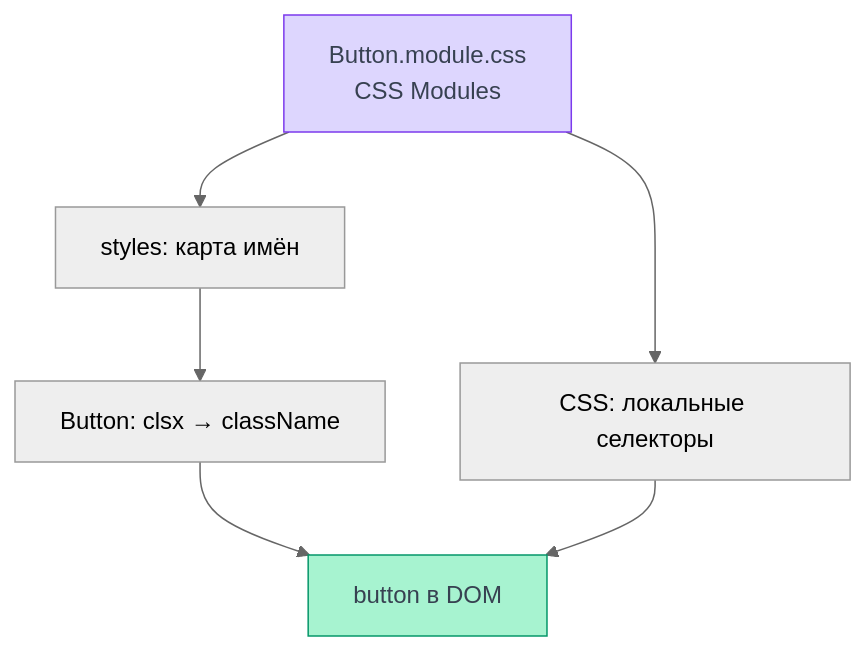
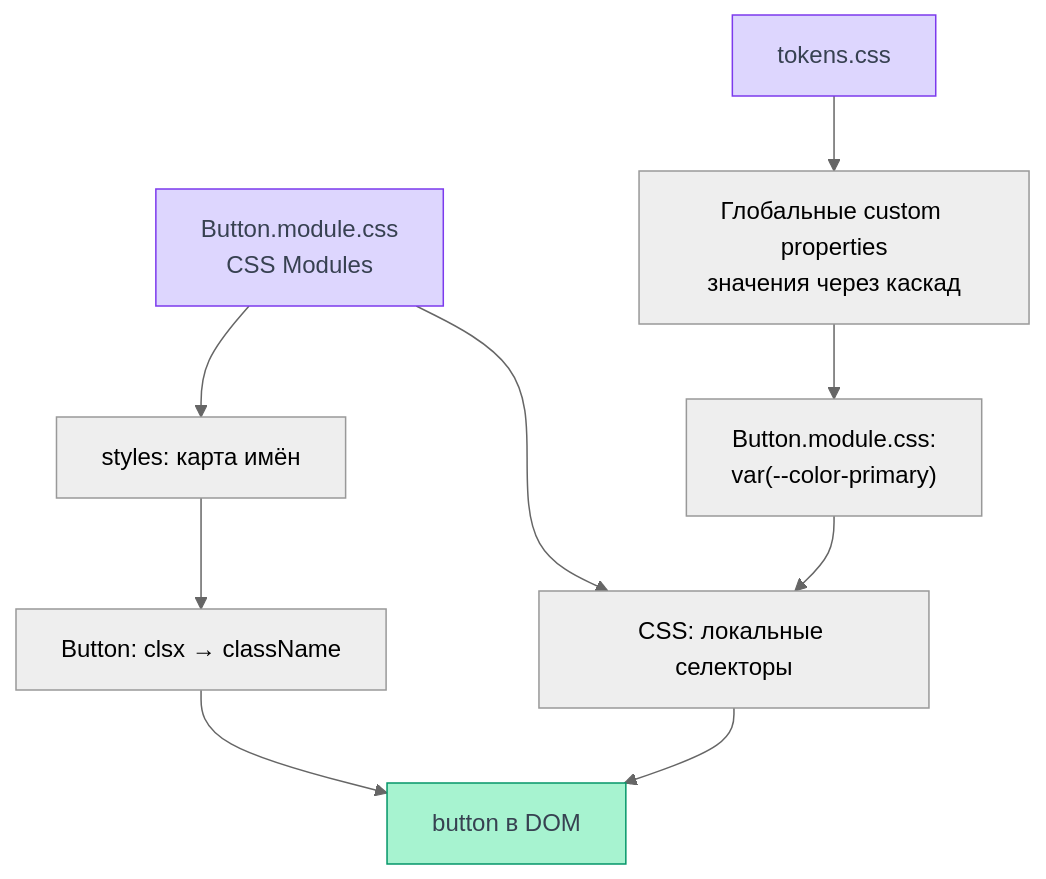
The diagram in site/documentation/frontend/styles.md (Cringe-Driven-Development-Team/docs), drawn with Mermaid (neutral theme) before and after one commit. The commit also changed other lines of this file and 6 other files, not shown here.

Commit message:
docs(frontend): дополнены связи пяти учебных схем

````diff
--- a/site/documentation/frontend/styles.md
+++ b/site/documentation/frontend/styles.md
@@ -27,13 +33,16 @@
 ```mermaid
-%% Flowchart: CSS Modules выпускает согласованные имена для JS и CSS, сходящиеся в DOM.
+%% Flowchart: локальные имена сходятся в DOM, глобальные токены дают значения через каскад.
 flowchart TD
     module["Button.module.css<br/>CSS Modules"] --> mapping["styles: карта имён"]
     module --> selectors["CSS: локальные селекторы"]
     mapping --> button["Button: clsx → className"]
     button --> dom["button в DOM"]
     selectors --> dom
+    tokens["tokens.css"] --> properties["Глобальные custom properties<br/>значения через каскад"]
+    properties --> variables["Button.module.css:<br/>var(--color-primary)"]
+    variables --> selectors
     classDef source fill:#ddd6fe,stroke:#7c3aed,color:#374151
     classDef result fill:#a7f3d0,stroke:#059669,color:#374151
-    class module source
+    class module,tokens source
     class dom result
 ```
````
